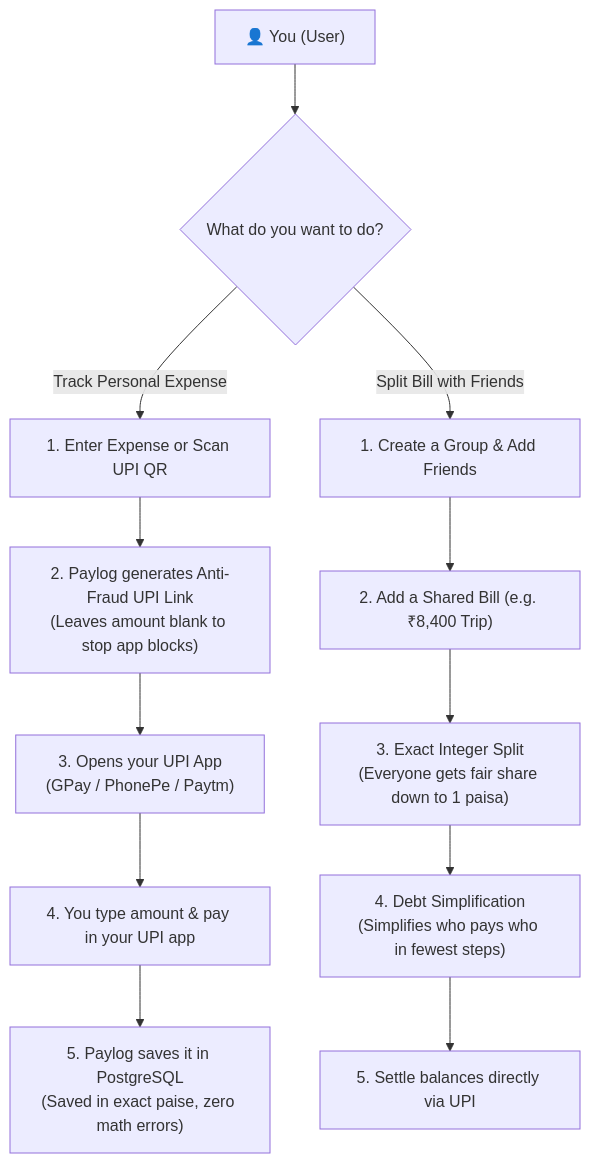
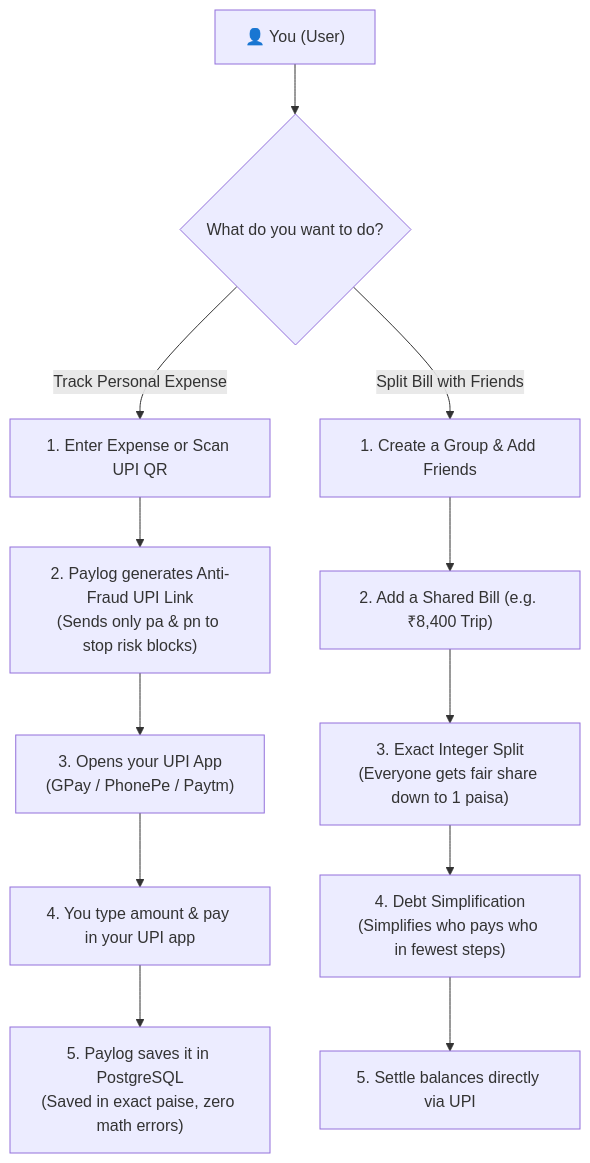
One commit to Abhi-code15/Paylog changed the diagram in README.md. Above: the diagram before and after it, drawn with Mermaid. The commit also changed other lines of this file and 5 other files, not shown here.

````diff
--- a/README.md
+++ b/README.md
@@ -20,18 +20,18 @@
 ```mermaid
 flowchart TD
     User["👤 You (User)"] --> Choice{"What do you want to do?"}
 
     %% Personal Spending Flow
     Choice -->|"Track Personal Expense"| Personal["1. Enter Expense or Scan UPI QR"]
-    Personal --> UpiLink["2. Paylog generates Anti-Fraud UPI Link<br/>(Leaves amount blank to stop app blocks)"]
+    Personal --> UpiLink["2. Paylog generates Anti-Fraud UPI Link<br/>(Sends only pa & pn to stop risk blocks)"]
     UpiLink --> UpiApp["3. Opens your UPI App<br/>(GPay / PhonePe / Paytm)"]
     UpiApp --> Confirm["4. You type amount & pay in your UPI app"]
     Confirm --> Ledger["5. Paylog saves it in PostgreSQL<br/>(Saved in exact paise, zero math errors)"]
 
     %% Shared Expenses Flow
     Choice -->|"Split Bill with Friends"| Group["1. Create a Group & Add Friends"]
     Group --> AddBill["2. Add a Shared Bill (e.g. ₹8,400 Trip)"]
     AddBill --> Math["3. Exact Integer Split<br/>(Everyone gets fair share down to 1 paisa)"]
     Math --> Simplify["4. Debt Simplification<br/>(Simplifies who pays who in fewest steps)"]
     Simplify --> Settle["5. Settle balances directly via UPI"]
 ```
````
